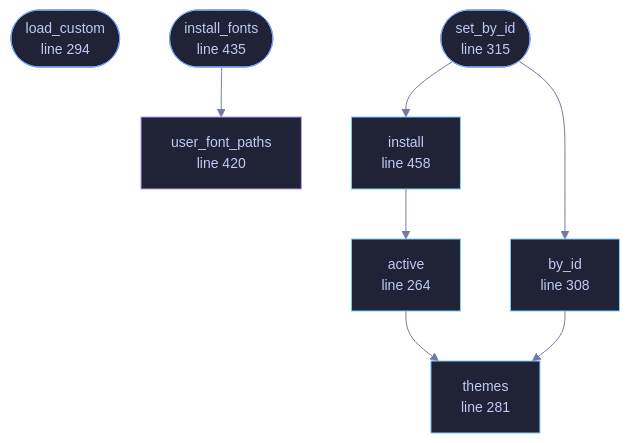
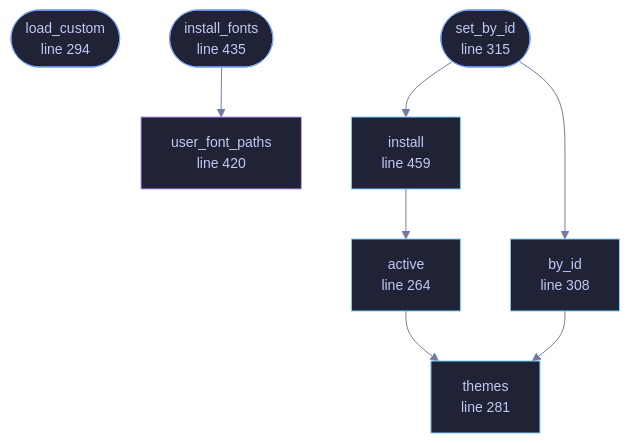
Before and after one commit to tilas01/veilvoice: the diagram in docs/files/veilvoice-gui/theme.md, drawn with Mermaid. The commit also changed other lines of this file and 131 other files, not shown here.

````diff
--- a/docs/files/veilvoice-gui/theme.md
+++ b/docs/files/veilvoice-gui/theme.md
@@ -95,32 +95,32 @@
 ```mermaid
 %%{init: {"theme":"base","themeVariables":{"background":"#1a1b26","primaryColor":"#1f2335","primaryTextColor":"#c0caf5","primaryBorderColor":"#7aa2f7","secondaryColor":"#16161e","tertiaryColor":"#16161e","lineColor":"#737aa2","textColor":"#c0caf5","mainBkg":"#1f2335","nodeBorder":"#7aa2f7","clusterBkg":"#16161e","clusterBorder":"#2f3549","fontFamily":"ui-monospace, SFMono-Regular, Consolas, monospace","fontSize":"14px"}}}%%
 flowchart TD
     n_active["active<br/>line 264"]
     n_themes["themes<br/>line 281"]
     n_load_custom(["load_custom<br/>line 294"])
     n_by_id["by_id<br/>line 308"]
     n_set_by_id(["set_by_id<br/>line 315"])
     n_user_font_paths["user_font_paths<br/>line 420"]
     n_install_fonts(["install_fonts<br/>line 435"])
-    n_install["install<br/>line 458"]
+    n_install["install<br/>line 459"]
     n_active --> n_themes
     n_by_id --> n_themes
     n_install --> n_active
     n_install_fonts --> n_user_font_paths
     n_set_by_id --> n_by_id
     n_set_by_id --> n_install
     click n_active href "https://github.com/tilas01/veilvoice/blob/main/crates/veilvoice-gui/src/theme.rs#L264" "open the source"
     click n_themes href "https://github.com/tilas01/veilvoice/blob/main/crates/veilvoice-gui/src/theme.rs#L281" "open the source"
     click n_load_custom href "https://github.com/tilas01/veilvoice/blob/main/crates/veilvoice-gui/src/theme.rs#L294" "open the source"
     click n_by_id href "https://github.com/tilas01/veilvoice/blob/main/crates/veilvoice-gui/src/theme.rs#L308" "open the source"
     click n_set_by_id href "https://github.com/tilas01/veilvoice/blob/main/crates/veilvoice-gui/src/theme.rs#L315" "open the source"
     click n_user_font_paths href "https://github.com/tilas01/veilvoice/blob/main/crates/veilvoice-gui/src/theme.rs#L420" "open the source"
     click n_install_fonts href "https://github.com/tilas01/veilvoice/blob/main/crates/veilvoice-gui/src/theme.rs#L435" "open the source"
-    click n_install href "https://github.com/tilas01/veilvoice/blob/main/crates/veilvoice-gui/src/theme.rs#L458" "open the source"
+    click n_install href "https://github.com/tilas01/veilvoice/blob/main/crates/veilvoice-gui/src/theme.rs#L459" "open the source"
     classDef entry fill:#1f2335,stroke:#7aa2f7,color:#c0caf5
     class n_load_custom,n_set_by_id,n_install_fonts entry
     classDef api fill:#1f2335,stroke:#7dcfff,color:#c0caf5
     class n_active,n_themes,n_by_id,n_install api
     classDef helper fill:#1f2335,stroke:#bb9af7,color:#c0caf5
     class n_user_font_paths helper
 ```
````
